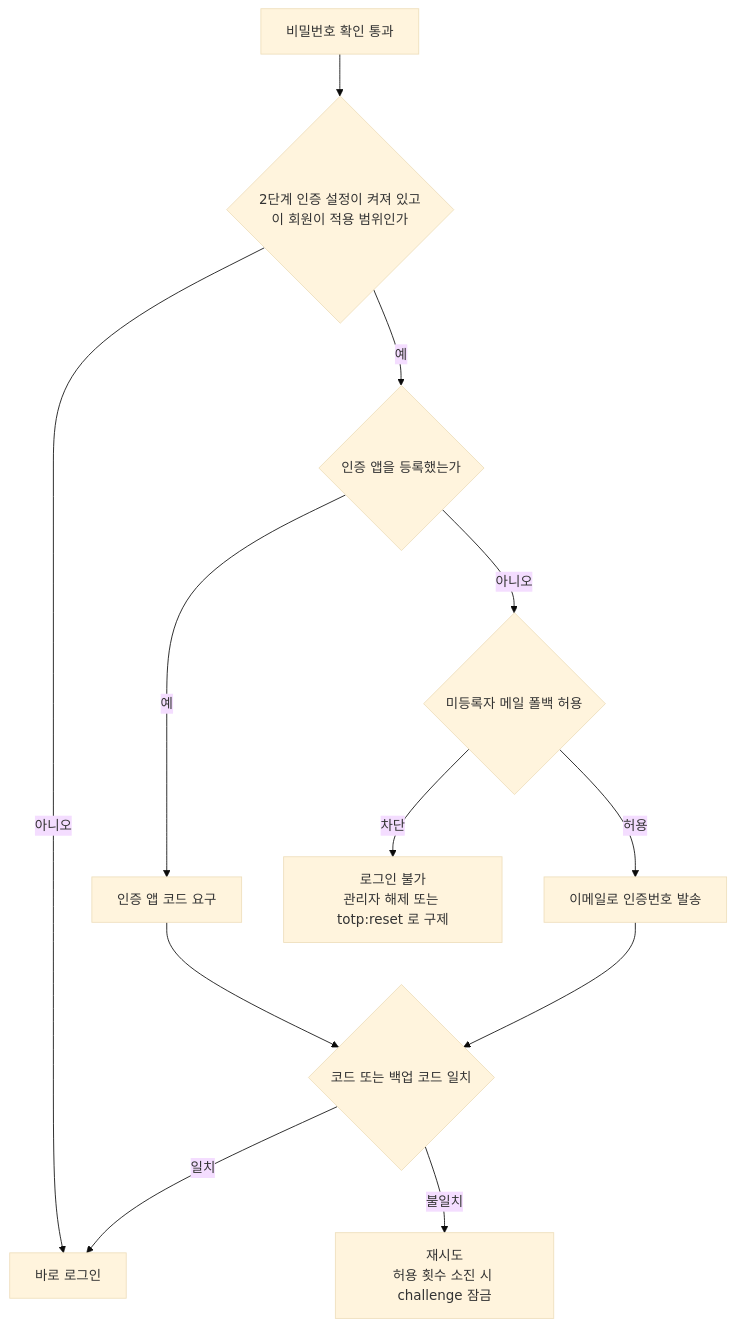
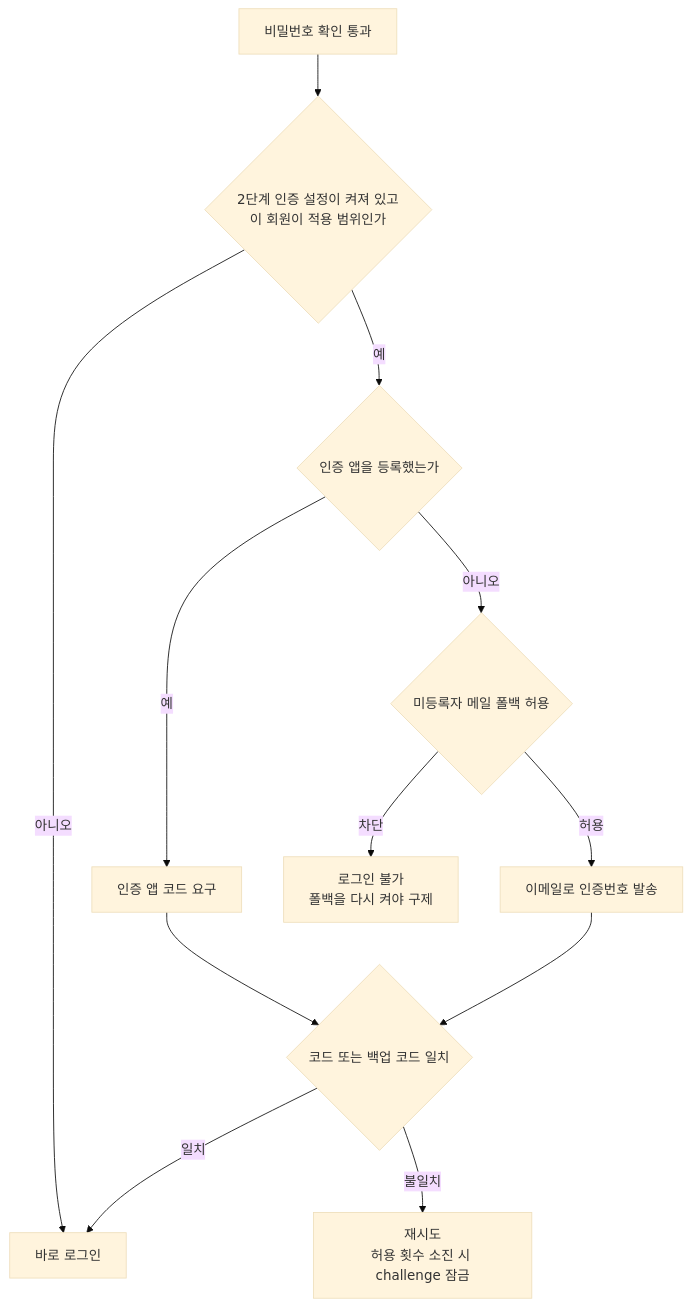
Before and after one commit to gnuboard/g7-plugin-sirsoft-totp: the second of 3 diagrams in README.md, drawn with Mermaid (base theme). The commit also changed other lines of this file and 23 other files, not shown here.

````diff
--- a/README.md
+++ b/README.md
@@ -87,14 +87,14 @@
 ```mermaid
 flowchart TD
   A[비밀번호 확인 통과] --> B{2단계 인증 설정이 켜져 있고<br/>이 회원이 적용 범위인가}
   B -->|아니오| Z[바로 로그인]
   B -->|예| C{인증 앱을 등록했는가}
   C -->|예| D[인증 앱 코드 요구]
   C -->|아니오| E{미등록자 메일 폴백 허용}
   E -->|허용| F[이메일로 인증번호 발송]
-  E -->|차단| G[로그인 불가<br/>관리자 해제 또는 totp:reset 로 구제]
+  E -->|차단| G[로그인 불가<br/>폴백을 다시 켜야 구제]
   D --> H{코드 또는 백업 코드 일치}
   F --> H
   H -->|일치| Z
   H -->|불일치| I[재시도<br/>허용 횟수 소진 시 challenge 잠금]
 ```
````
